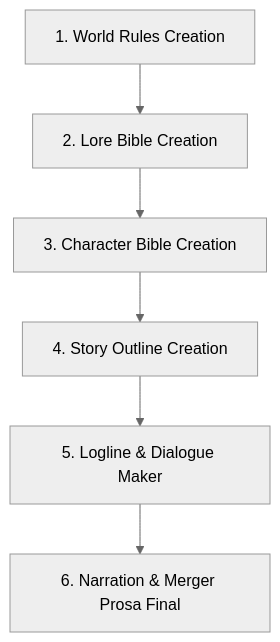
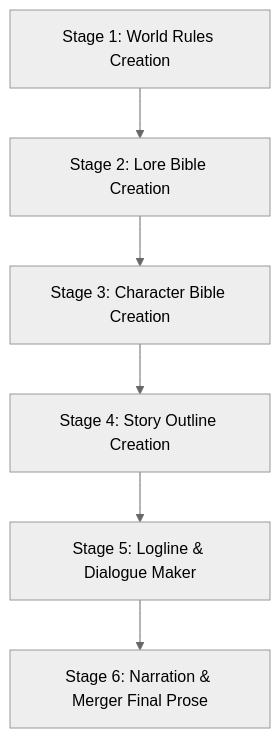
Before and after one commit to dwianggororeal/detailed-novel-agent-skill: the diagram in README.md, drawn with Mermaid (neutral theme). The commit also changed other lines of this file and 57 other files, not shown here.

````diff
--- a/README.md
+++ b/README.md
@@ -13,8 +13,8 @@
 ```mermaid
 graph TD
-    A[1. World Rules Creation] --> B[2. Lore Bible Creation]
-    B --> C[3. Character Bible Creation]
-    C --> D[4. Story Outline Creation]
-    D --> E[5. Logline & Dialogue Maker]
-    E --> F[6. Narration & Merger Prosa Final]
+    A[Stage 1: World Rules Creation] --> B[Stage 2: Lore Bible Creation]
+    B --> C[Stage 3: Character Bible Creation]
+    C --> D[Stage 4: Story Outline Creation]
+    D --> E[Stage 5: Logline & Dialogue Maker]
+    E --> F[Stage 6: Narration & Merger Final Prose]
 ```
````
